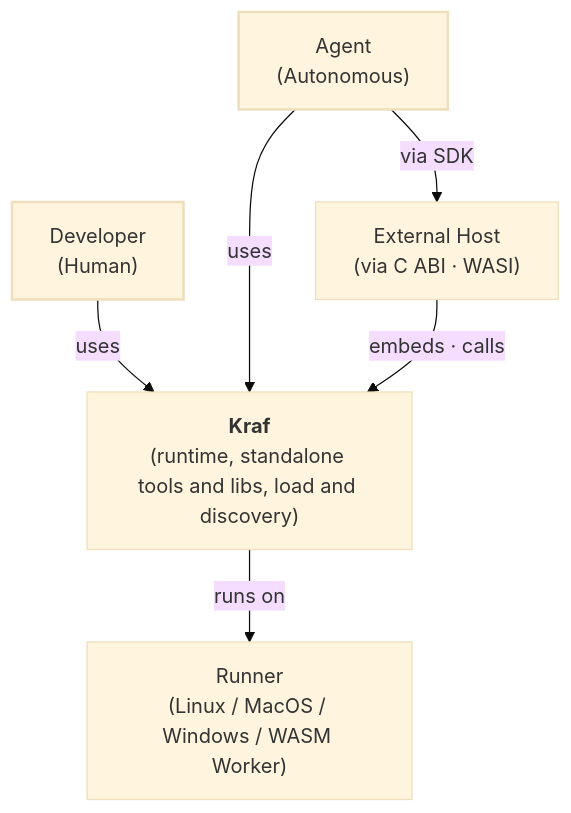
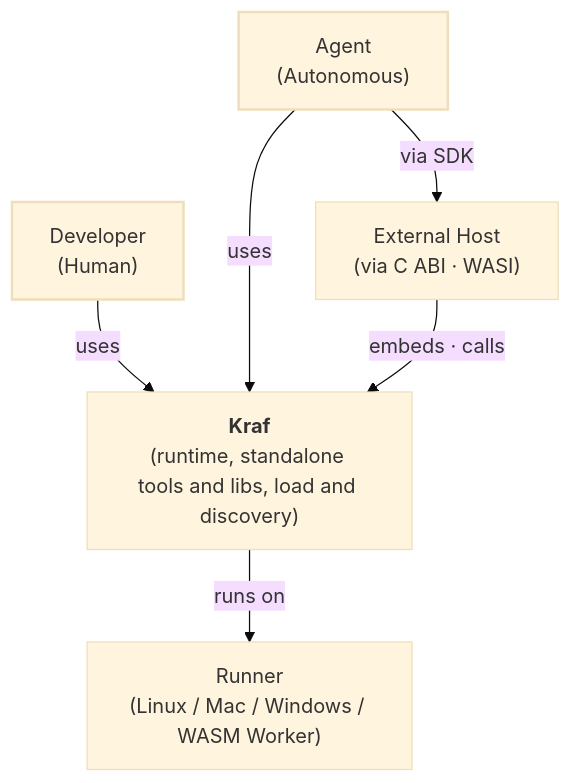
Before and after one commit to strukit/kraf: the first of 5 diagrams in docs/ARCHITECTURE.md, drawn with Mermaid (base theme). The commit also changed other lines of this file and 27 other files, not shown here.

````diff
--- a/docs/ARCHITECTURE.md
+++ b/docs/ARCHITECTURE.md
@@ -43,17 +51,17 @@
 ```mermaid
 flowchart TD
     dev["Developer<br/>(Human)"]
     agent["Agent<br/>(Autonomous)"]
     host["External Host<br/>(via C ABI · WASI)"]
     kraf["<b>Kraf</b><br/>(runtime, standalone tools and libs, load and discovery)"]
-    runner["Runner<br/>(Linux / MacOS / Windows / WASM Worker)"]
+    runner["Runner<br/>(Linux / Mac / Windows / WASM Worker)"]
 
     dev -->|uses| kraf
     agent -->|uses| kraf
     agent -->|via SDK| host
     host -->|embeds · calls| kraf
     kraf -->|runs on| runner
 
     classDef actor stroke-width:2px;
     class dev,agent actor;
 ```
````
